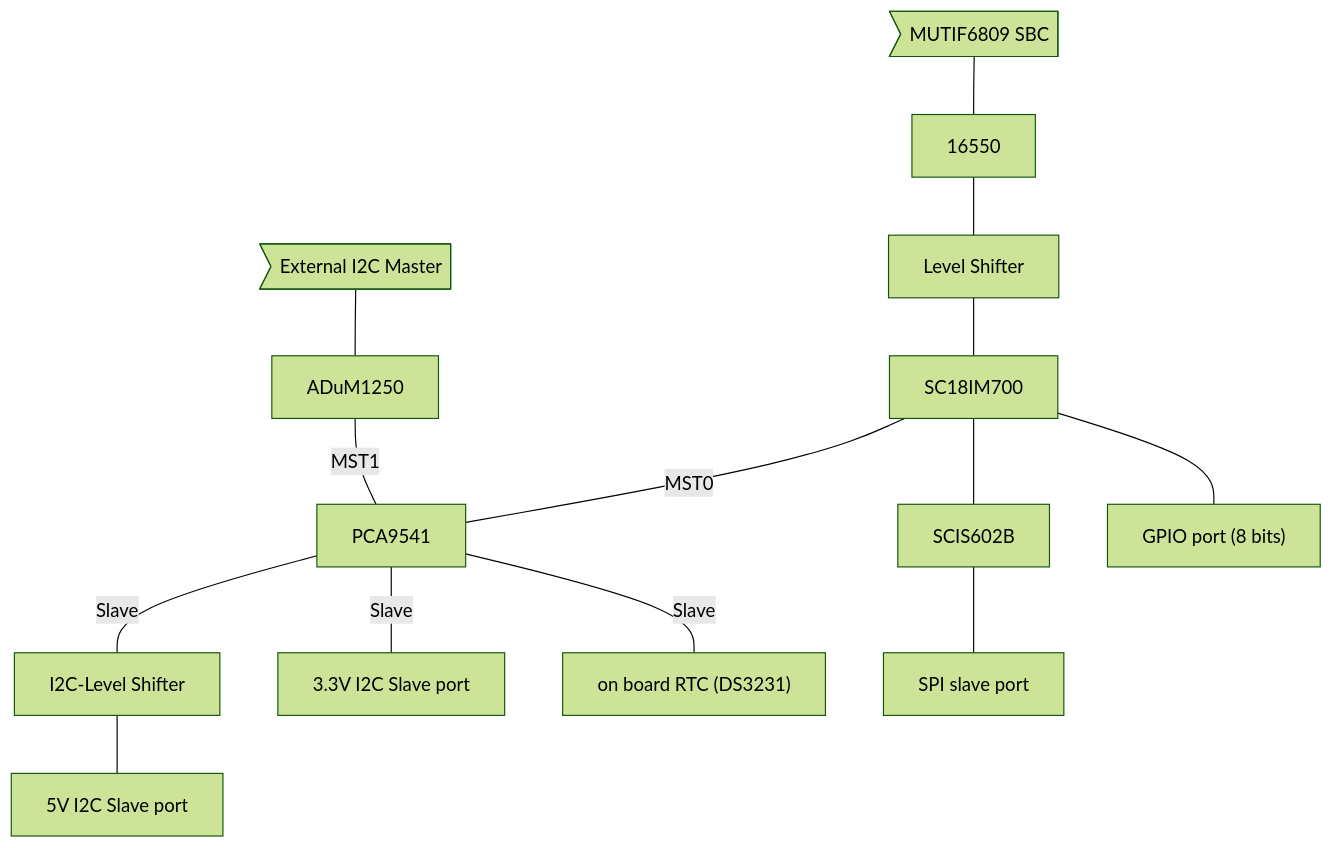
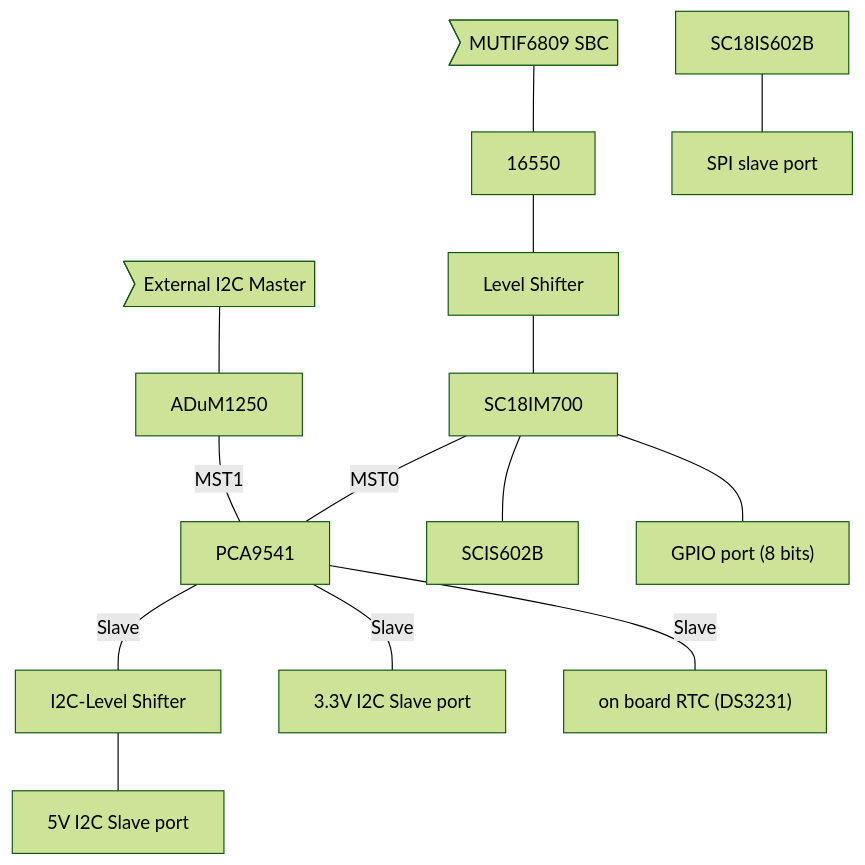
The diagram in IOExpansion/README.md (ja1umi/MUTIF09Project), drawn with Mermaid (forest theme) before and after one commit. The commit also changed other lines of this file, not shown here.

Commit message:
Fix typo Add description on the booklet about IOExpansion board.

````diff
--- a/IOExpansion/README.md
+++ b/IOExpansion/README.md
@@ -15,16 +15,16 @@
 ```mermaid
 graph TD
   id0>MUTIF6809 SBC] --- 16550
   16550 --- id1[Level Shifter]
   id1 --- SC18IM700
   SC18IM700---|MST0|PCA9541
   PCA9541---|Slave|id2[I2C-Level Shifter]
   id2 --- id3[5V I2C Slave port]
   PCA9541---|Slave|id4[3.3V I2C Slave port]
   PCA9541---|Slave|id5["on board RTC (DS3231)"]
   id6>External I2C Master] --- ADuM1250
   ADuM1250---|MST1|PCA9541
   SC18IM700 --- SCIS602B
-  SCIS602B --- id7[SPI slave port]
+  SC18IS602B --- id7[SPI slave port]
   SC18IM700 --- id8["GPIO port (8 bits)"]
 ```
````
